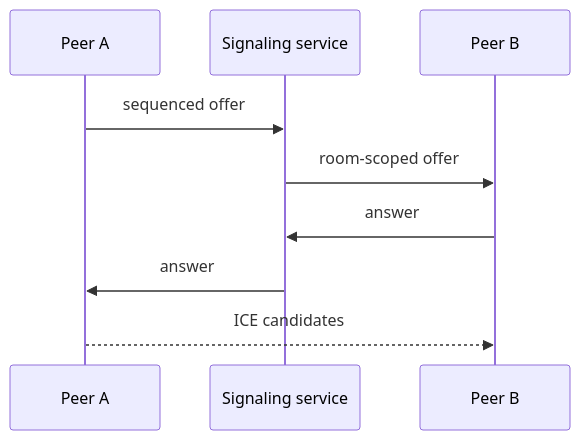
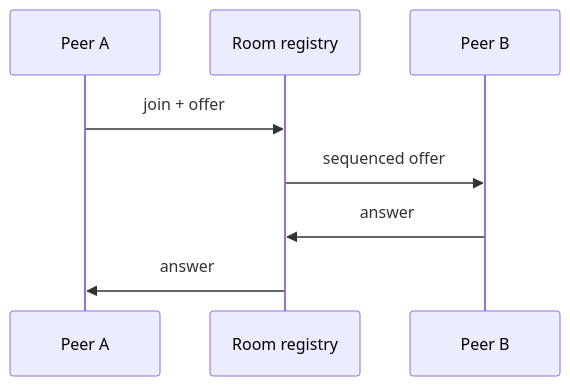
The diagram in README.md (ekowbaah/relayroom), drawn with Mermaid before and after one commit. The commit also changed other lines of this file, not shown here.

````diff
--- a/README.md
+++ b/README.md
@@ -13,11 +7,10 @@
 ```mermaid
 sequenceDiagram
   participant A as Peer A
-  participant S as Signaling service
+  participant R as Room registry
   participant B as Peer B
-  A->>S: sequenced offer
-  S->>B: room-scoped offer
-  B->>S: answer
-  S->>A: answer
-  A-->>B: ICE candidates
+  A->>R: join + offer
+  R->>B: sequenced offer
+  B->>R: answer
+  R->>A: answer
 ```
````
